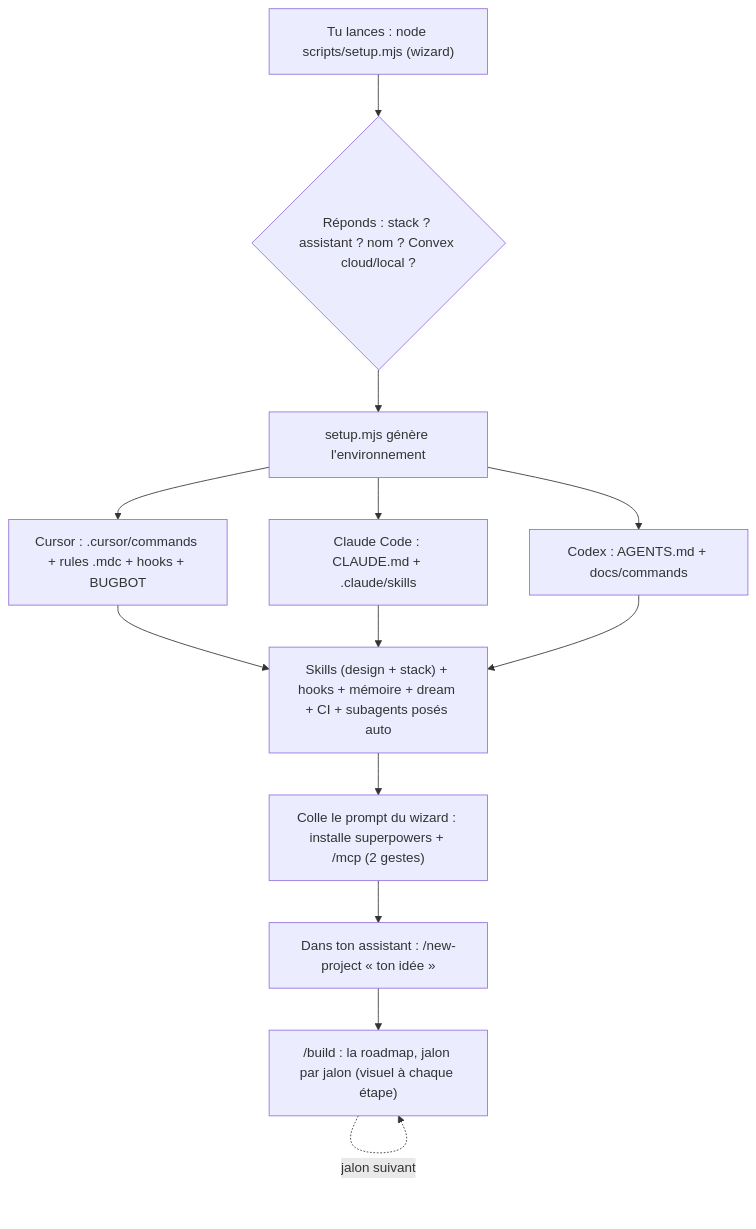
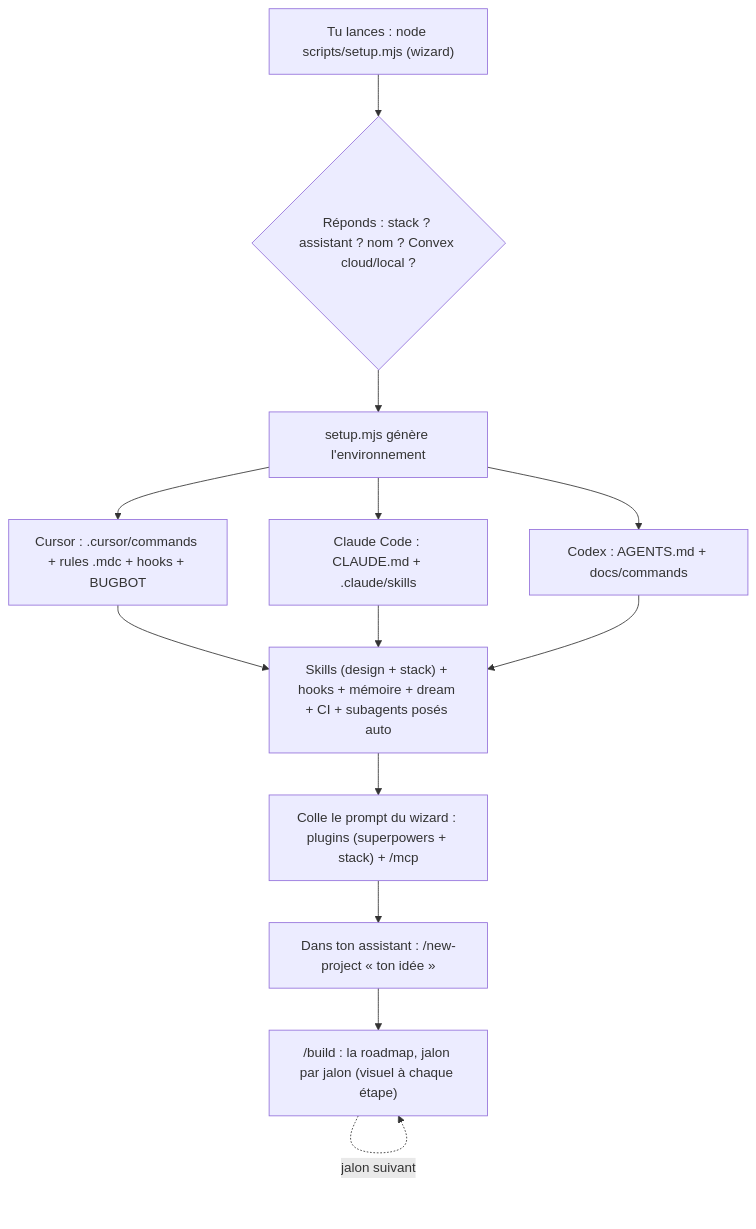
The diagram in README.md (ohvignas/vibecoding-starter-kit), drawn with Mermaid before and after one commit. The commit also changed other lines of this file and 2 other files, not shown here.

First line of the commit message:
fix(docs): claim d'onboarding honnête (plugins stack) + setup-ai réutilise buildSkillAddArgs

````diff
--- a/README.md
+++ b/README.md
@@ -97,15 +97,15 @@
 ```mermaid
 flowchart TD
     A["Tu lances : node scripts/setup.mjs (wizard)"] --> C{"Réponds : stack ? assistant ? nom ? Convex cloud/local ?"}
     C --> D["setup.mjs génère l'environnement"]
     D --> E1["Cursor : .cursor/commands + rules .mdc + hooks + BUGBOT"]
     D --> E2["Claude Code : CLAUDE.md + .claude/skills"]
     D --> E3["Codex : AGENTS.md + docs/commands"]
     E1 --> F["Skills (design + stack) + hooks + mémoire + dream + CI + subagents posés auto"]
     E2 --> F
     E3 --> F
-    F --> G0["Colle le prompt du wizard : installe superpowers + /mcp (2 gestes)"]
+    F --> G0["Colle le prompt du wizard : plugins (superpowers + stack) + /mcp"]
     G0 --> G["Dans ton assistant : /new-project « ton idée »"]
     G --> H["/build : la roadmap, jalon par jalon (visuel à chaque étape)"]
     H -.->|jalon suivant| H
 ```
````
